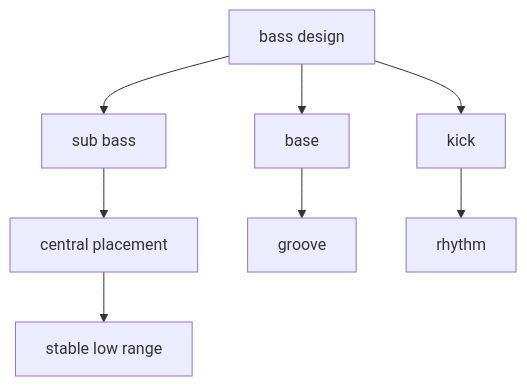
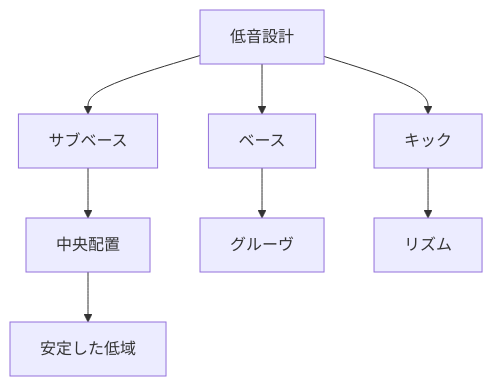
One commit to monumental-movement/monumental-movement.github.io changed the eighth of 10 diagrams in en/_posts/2026-08-01-column-why-bass-feels-good.md. Above: the diagram before and after it, drawn with Mermaid. The commit also changed other lines of this file and 2196 other files, not shown here.

```diff
--- a/en/_posts/2026-08-01-column-why-bass-feels-good.md
+++ b/en/_posts/2026-08-01-column-why-bass-feels-good.md
@@ -892,17 +892,17 @@
 <div class="mermaid">
 graph TD
 
-A[bass design]
+A[低音設計]
 
-A --> B[kick]
-A --> C[base]
-A --> D[sub bass]
+A --> B[キック]
+A --> C[ベース]
+A --> D[サブベース]
 
-D --> E[central placement]
+D --> E[中央配置]
 
-C --> F[groove]
+C --> F[グルーヴ]
 
-B --> G[rhythm]
+B --> G[リズム]
 
-E --> H[stable low range]
+E --> H[安定した低域]
 </div>
```
